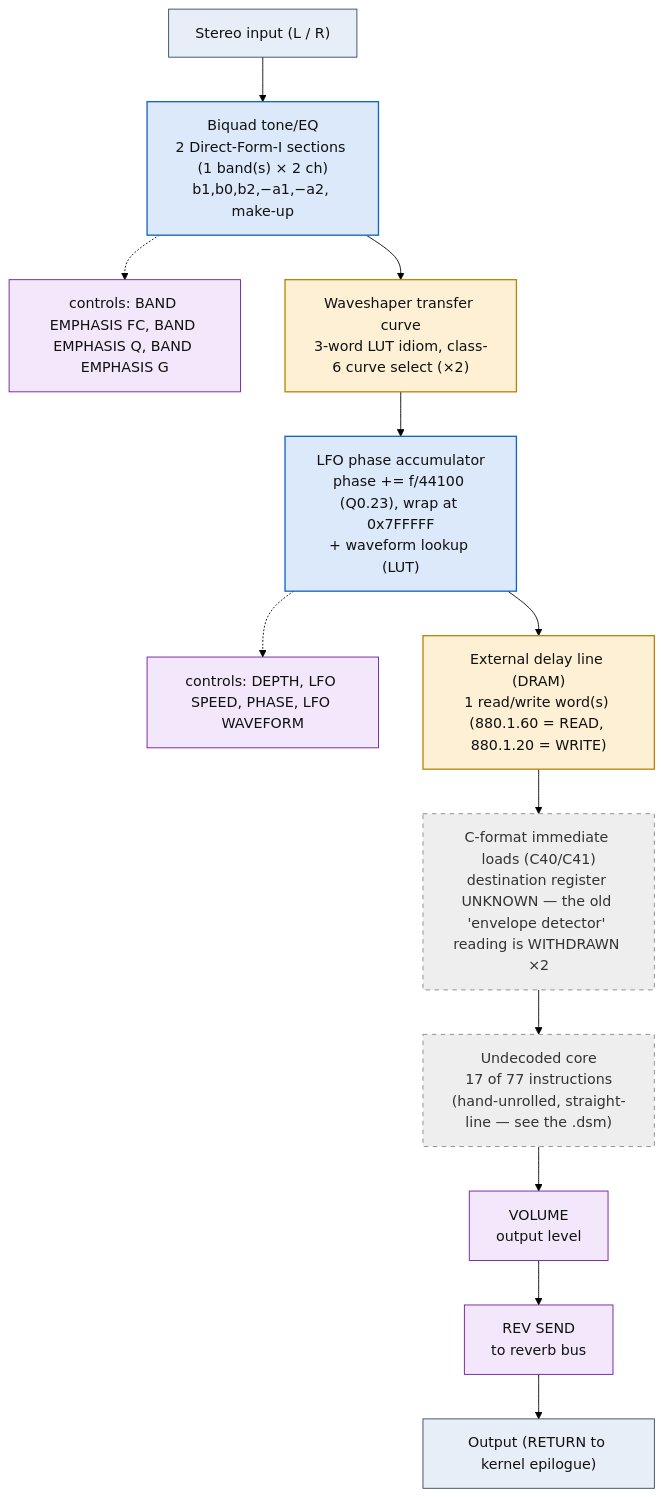
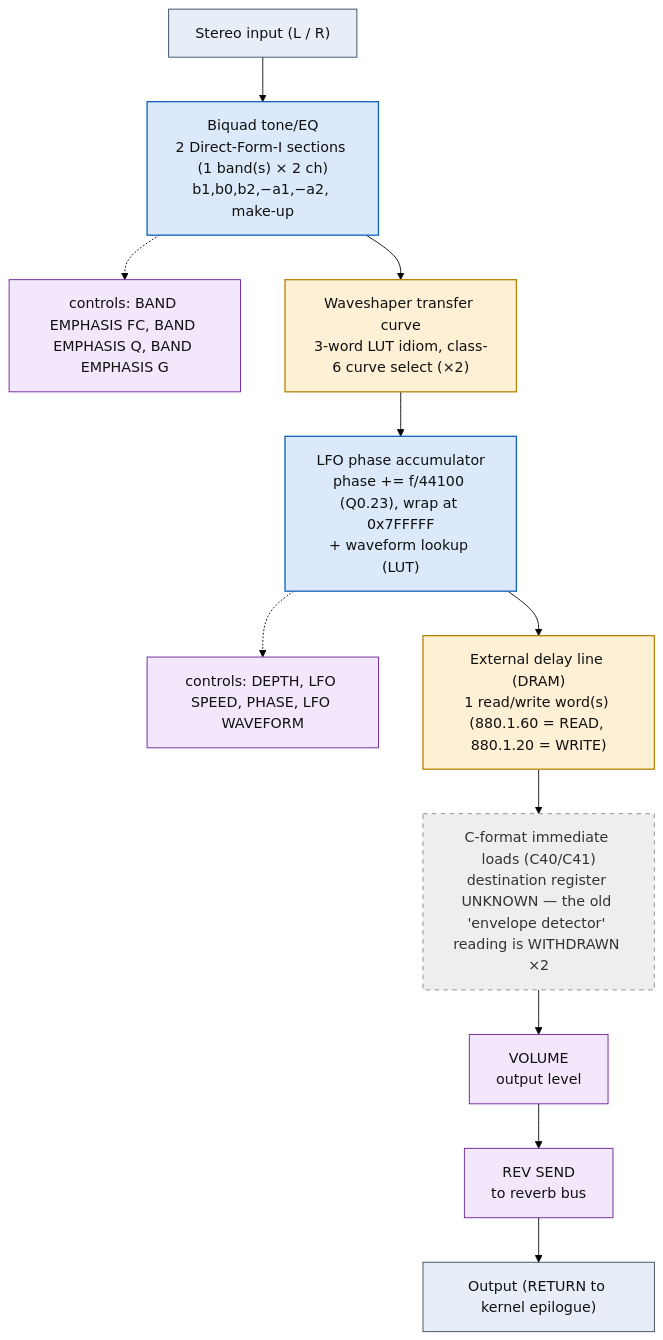
One commit to ArqueologiaDigital/kn5000-roms-disasm changed the diagram in dsp/flowcharts/prog74_peq_vibrato.md. Above: the diagram before and after it, drawn with Mermaid (forest theme). The commit also changed other lines of this file and 39 other files, not shown here.

First line of the commit message:
dsp: annotate all flowcharts with the classic effect topology each shape matches

````diff
--- a/dsp/flowcharts/prog74_peq_vibrato.md
+++ b/dsp/flowcharts/prog74_peq_vibrato.md
@@ -12,38 +12,36 @@
 ```mermaid
 flowchart TD
     N0["Stereo input (L / R)"]
     N1["Biquad tone/EQ<br/>2 Direct-Form-I sections (1 band(s) &times; 2 ch)<br/>b1,b0,b2,&minus;a1,&minus;a2, make-up"]
     N0 --> N1
     N2["controls: BAND EMPHASIS FC, BAND EMPHASIS Q, BAND EMPHASIS G"]
     N1 -.-> N2
     N3["Waveshaper transfer curve<br/>3-word LUT idiom, class-6 curve select (&times;2)"]
     N1 --> N3
     N4["LFO phase accumulator<br/>phase += f/44100 (Q0.23), wrap at 0x7FFFFF<br/>+ waveform lookup (LUT)"]
     N3 --> N4
     N5["controls: DEPTH, LFO SPEED, PHASE, LFO WAVEFORM"]
     N4 -.-> N5
     N6["External delay line (DRAM)<br/>1 read/write word(s) (880.1.60 = READ, 880.1.20 = WRITE)"]
     N4 --> N6
     N7["C-format immediate loads (C40/C41)<br/>destination register UNKNOWN &mdash; the old 'envelope detector' reading is WITHDRAWN &times;2"]
     N6 --> N7
-    N8["Undecoded core<br/>17 of 77 instructions<br/>(hand-unrolled, straight-line &mdash; see the .dsm)"]
+    N8["VOLUME<br/>output level"]
     N7 --> N8
-    N9["VOLUME<br/>output level"]
+    N9["REV SEND<br/>to reverb bus"]
     N8 --> N9
-    N10["REV SEND<br/>to reverb bus"]
+    N10["Output (RETURN to kernel epilogue)"]
     N9 --> N10
-    N11["Output (RETURN to kernel epilogue)"]
-    N10 --> N11
 
     classDef io fill:#e8eef7,stroke:#33475b,stroke-width:1px,color:#111;
     classDef proven fill:#d7f0d7,stroke:#2e7d32,stroke-width:2px,color:#111;
     classDef measured fill:#dbe9fb,stroke:#1565c0,stroke-width:1.5px,color:#111;
     classDef inferred fill:#fdf0d5,stroke:#b8860b,stroke-width:1.5px,color:#111;
     classDef open fill:#eeeeee,stroke:#888,stroke-width:1px,color:#333,stroke-dasharray:5 5;
     classDef ctrl fill:#f3e8fb,stroke:#6a1b9a,stroke-width:1px,color:#111;
-    class N0,N11 io;
+    class N0,N10 io;
     class N1,N4 measured;
-    class N2,N5,N9,N10 ctrl;
+    class N2,N5,N8,N9 ctrl;
     class N3,N6 inferred;
-    class N7,N8 open;
+    class N7 open;
 ```
````
